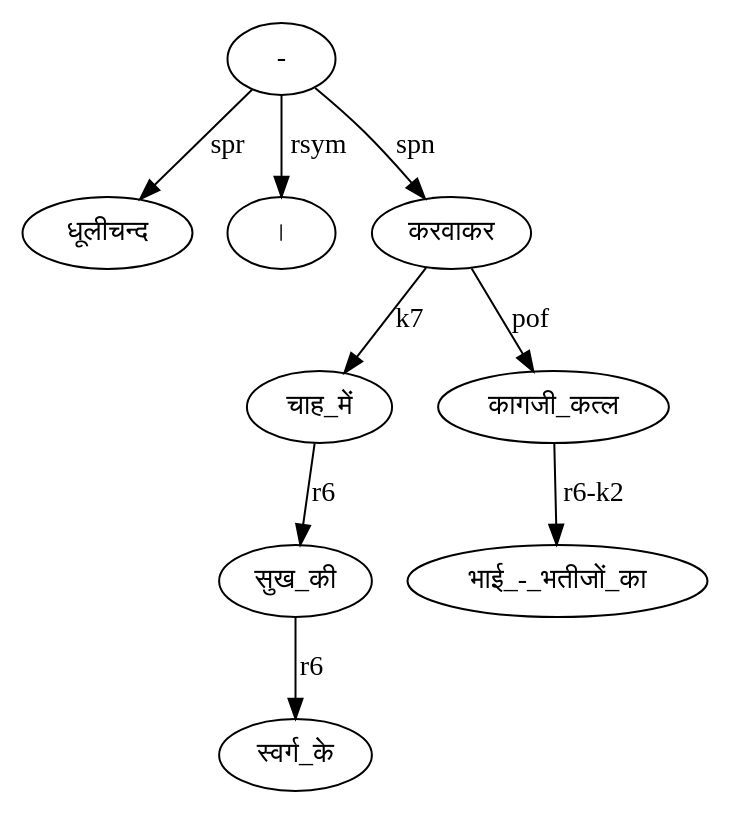
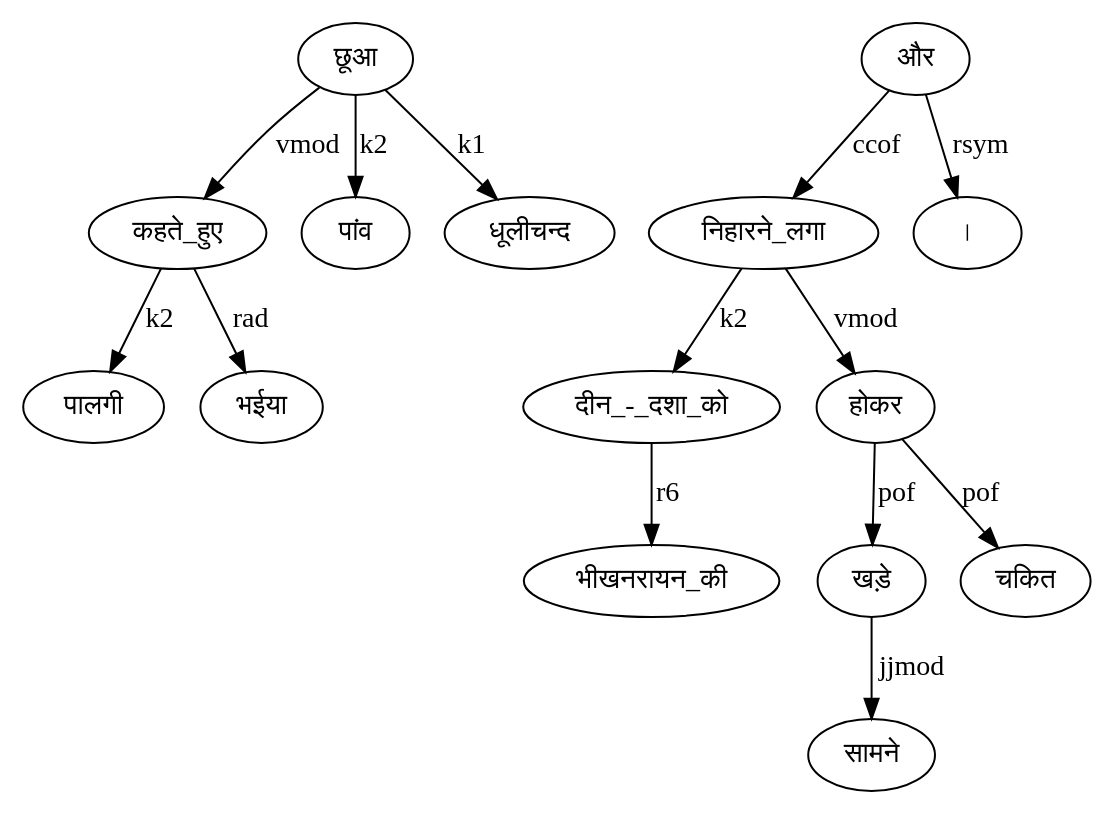
One commit to neshkatrapati/construction_annotator changed the diagram in static/test.dot. Above: the diagram before and after it, drawn with Graphviz. The commit also changed 22 other files, not shown here.

```diff
--- a/static/test.dot
+++ b/static/test.dot
@@ -1,10 +1,15 @@
 digraph {
-	"चाह_में" -> "सुख_की"[label="r6"];
-	"कागजी_कत्ल" -> "भाई_-_भतीजों_का"[label="r6-k2"];
-	"सुख_की" -> "स्वर्ग_के"[label="r6"];
-	"-" -> "धूलीचन्द"[label="spr"];
-	"-" -> "।"[label="rsym"];
-	"-" -> "करवाकर"[label="spn"];
-	"करवाकर" -> "कागजी_कत्ल"[label="pof"];
-	"करवाकर" -> "चाह_में"[label="k7"];
+	"कहते_हुए" -> "पालगी"[label="k2"];
+	"कहते_हुए" -> "भईया"[label="rad"];
+	"छूआ" -> "पांव"[label="k2"];
+	"छूआ" -> "धूलीचन्द"[label="k1"];
+	"छूआ" -> "कहते_हुए"[label="vmod"];
+	"निहारने_लगा" -> "दीन_-_दशा_को"[label="k2"];
+	"निहारने_लगा" -> "होकर"[label="vmod"];
+	"और" -> "निहारने_लगा"[label="ccof"];
+	"और" -> "।"[label="rsym"];
+	"होकर" -> "खड़े"[label="pof"];
+	"होकर" -> "चकित"[label="pof"];
+	"दीन_-_दशा_को" -> "भीखनरायन_की"[label="r6"];
+	"खड़े" -> "सामने"[label="jjmod"];
 }
```
